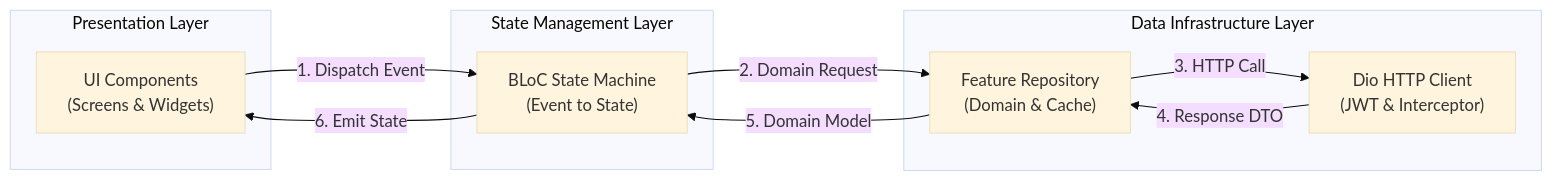
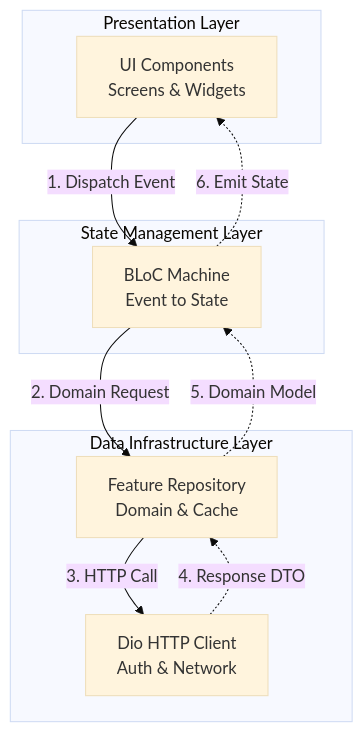
One commit to Varian08/smart-local-planner changed the second of 3 diagrams in README.md. Above: the diagram before and after it, drawn with Mermaid (base theme). The commit also changed other lines of this file and 2 other files, not shown here.

Commit message:
docs: standardize all architecture diagrams to vertical TD flow and eliminate text clipping

````diff
--- a/README.md
+++ b/README.md
@@ -96,22 +96,22 @@
 ```mermaid
-flowchart LR
+flowchart TD
     subgraph UI_Layer ["Presentation Layer"]
-        UI["UI Components<br/>(Screens & Widgets)    "]
+        UI["UI Components<br/>Screens & Widgets"]
     end
 
     subgraph BLoC_Layer ["State Management Layer"]
-        Bloc["BLoC State Machine<br/>(Event to State)    "]
+        Bloc["BLoC Machine<br/>Event to State"]
     end
 
     subgraph Data_Layer ["Data Infrastructure Layer"]
-        Repo["Feature Repository<br/>(Domain & Cache)    "]
-        Network["Dio HTTP Client<br/>(JWT & Interceptor)    "]
+        Repo["Feature Repository<br/>Domain & Cache"]
+        Network["Dio HTTP Client<br/>Auth & Network"]
     end
 
     UI -->|"1. Dispatch Event"| Bloc
     Bloc -->|"2. Domain Request"| Repo
     Repo -->|"3. HTTP Call"| Network
-    Network -->|"4. Response DTO"| Repo
-    Repo -->|"5. Domain Model"| Bloc
-    Bloc -->|"6. Emit State"| UI
+    Network -.->|"4. Response DTO"| Repo
+    Repo -.->|"5. Domain Model"| Bloc
+    Bloc -.->|"6. Emit State"| UI
 ```
````
